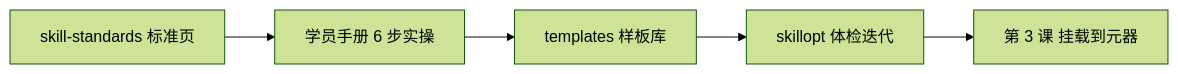
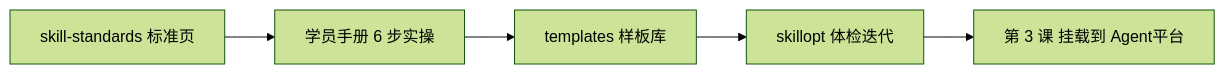
Before and after one commit to AlataChan/yuangongyiaicourse: the diagram in part-01-skill/skill-standards.md, drawn with Mermaid (forest theme). The commit also changed other lines of this file and 41 other files, not shown here.

````diff
--- a/part-01-skill/skill-standards.md
+++ b/part-01-skill/skill-standards.md
@@ -169,7 +169,7 @@
 ```mermaid
 flowchart LR
   A[skill-standards 标准页] --> B[学员手册 6 步实操]
   B --> C[templates 样板库]
   C --> D[skillopt 体检迭代]
-  D --> E[第 3 课 挂载到元器]
+  D --> E[第 3 课 挂载到 Agent平台]
 ```
````
